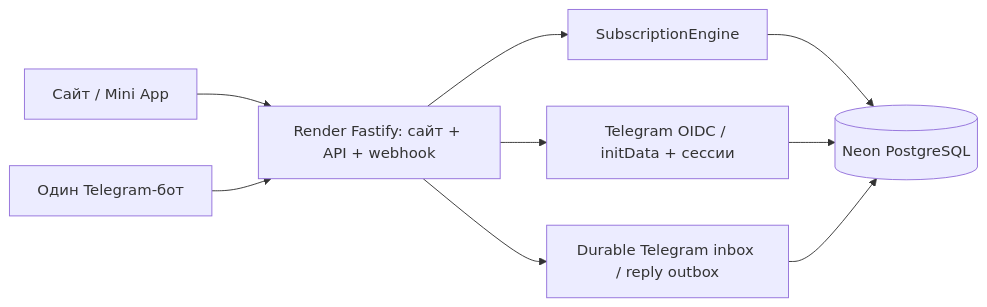
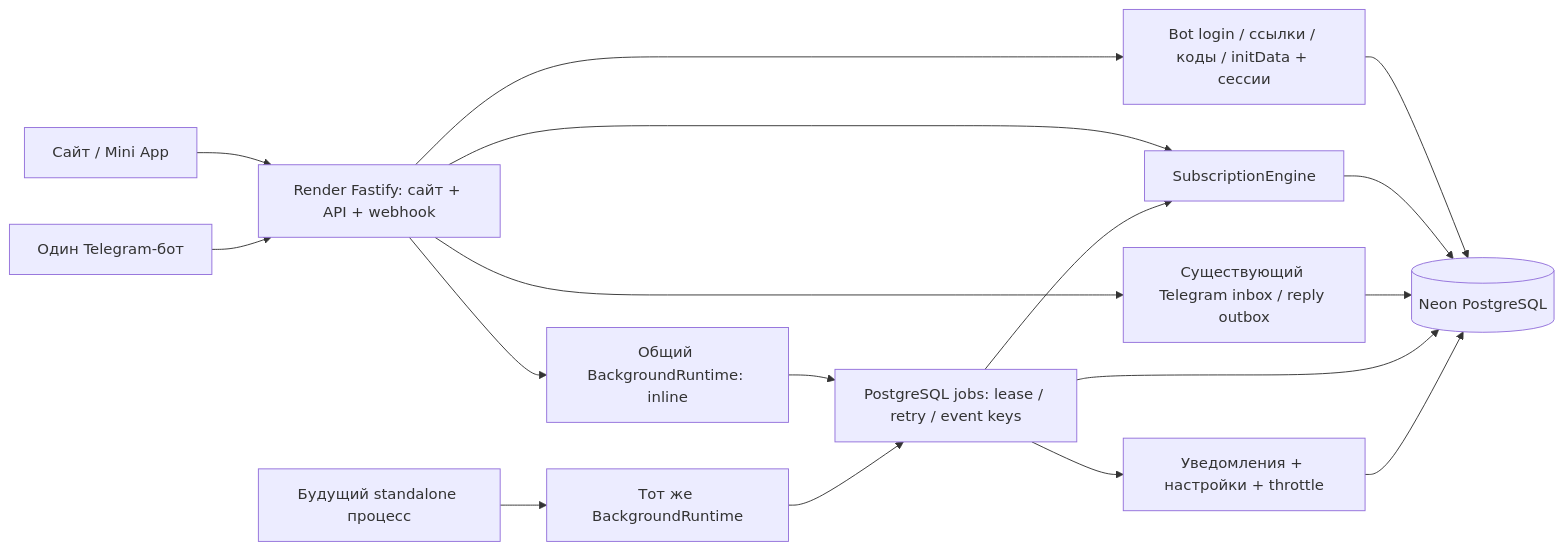
One commit to mmordovich-dotcom/VPN changed the diagram in docs/architecture.md. Above: the diagram before and after it, drawn with Mermaid. The commit also changed other lines of this file and 6 other files, not shown here.

Commit message:
docs: document reliability architecture and gated cloud release

````diff
--- a/docs/architecture.md
+++ b/docs/architecture.md
@@ -3,11 +5,19 @@
 ```mermaid
 flowchart LR
   Browser[Сайт / Mini App] --> API[Render Fastify: сайт + API + webhook]
   TG[Один Telegram-бот] --> API
+  API --> Auth[Bot login / ссылки / коды / initData + сессии]
   API --> Engine[SubscriptionEngine]
-  API --> Auth[Telegram OIDC / initData + сессии]
-  Engine --> PG[(Neon PostgreSQL)]
-  Auth --> PG
-  API --> Queue[Durable Telegram inbox / reply outbox]
-  Queue --> PG
+  API --> Inbox[Существующий Telegram inbox / reply outbox]
+  API --> Inline[Общий BackgroundRuntime: inline]
+  Worker[Будущий standalone процесс] --> Runtime[Тот же BackgroundRuntime]
+  Inline --> Jobs[PostgreSQL jobs: lease / retry / event keys]
+  Runtime --> Jobs
+  Jobs --> Engine
+  Jobs --> Notify[Уведомления + настройки + throttle]
+  Auth --> PG[(Neon PostgreSQL)]
+  Engine --> PG
+  Inbox --> PG
+  Jobs --> PG
+  Notify --> PG
 ```
````
